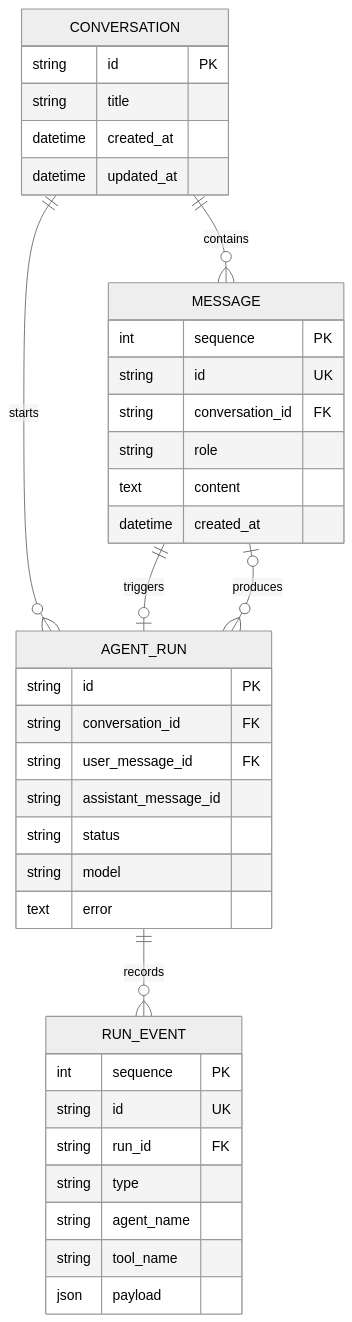
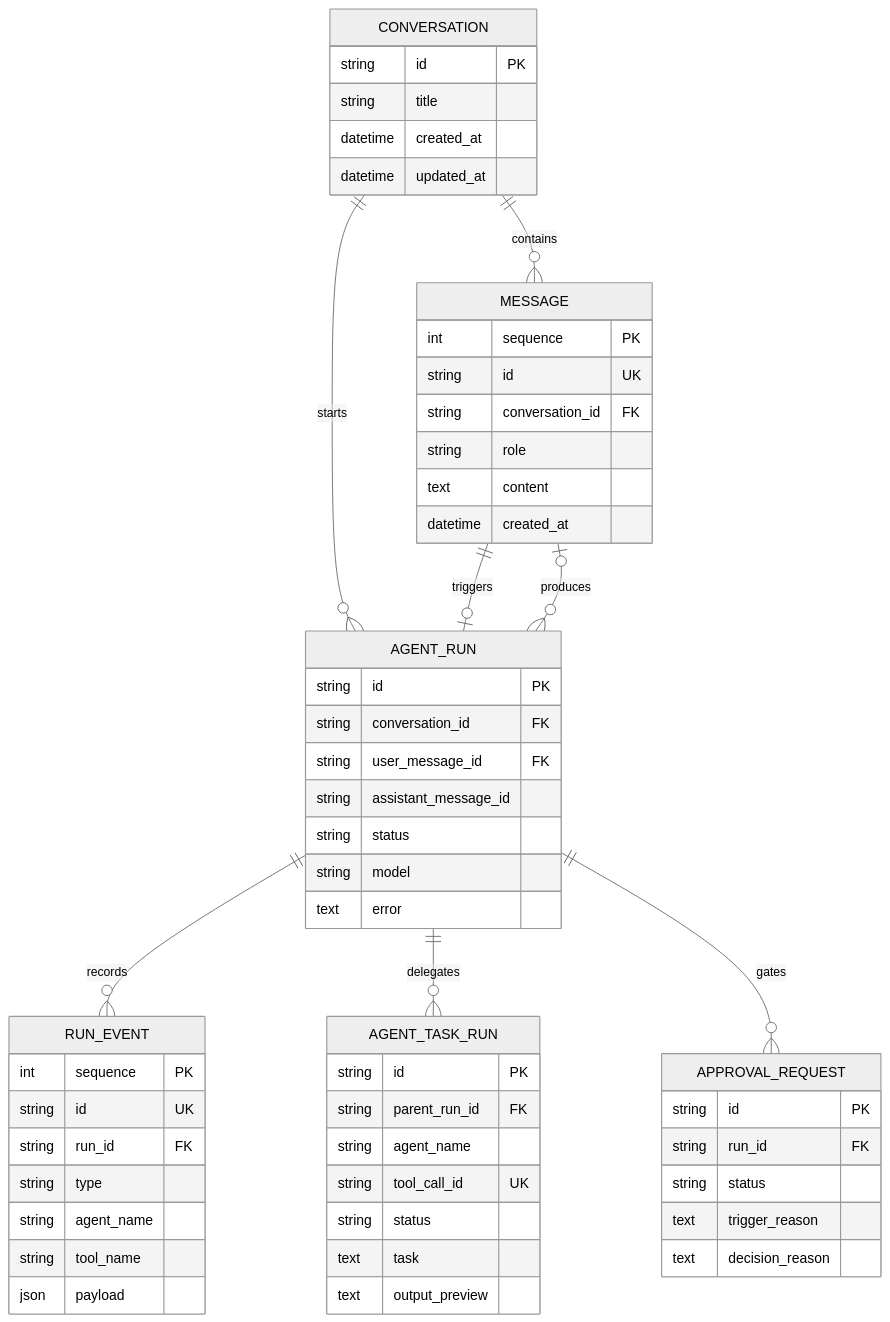
One commit to zora-DD/zora changed the first of 6 diagrams in docs/project-analysis.md. Above: the diagram before and after it, drawn with Mermaid (neutral theme). The commit also changed other lines of this file and 36 other files, not shown here.

````diff
--- a/docs/project-analysis.md
+++ b/docs/project-analysis.md
@@ -151,41 +156,59 @@
 ```mermaid
 erDiagram
     CONVERSATION ||--o{ MESSAGE : contains
     CONVERSATION ||--o{ AGENT_RUN : starts
     MESSAGE ||--o| AGENT_RUN : triggers
     AGENT_RUN ||--o{ RUN_EVENT : records
+    AGENT_RUN ||--o{ AGENT_TASK_RUN : delegates
+    AGENT_RUN ||--o{ APPROVAL_REQUEST : gates
     AGENT_RUN }o--o| MESSAGE : produces
 
     CONVERSATION {
         string id PK
         string title
         datetime created_at
         datetime updated_at
     }
     MESSAGE {
         int sequence PK
         string id UK
         string conversation_id FK
         string role
         text content
         datetime created_at
     }
     AGENT_RUN {
         string id PK
         string conversation_id FK
         string user_message_id FK
         string assistant_message_id
         string status
         string model
         text error
     }
     RUN_EVENT {
         int sequence PK
         string id UK
         string run_id FK
         string type
         string agent_name
         string tool_name
         json payload
     }
+    AGENT_TASK_RUN {
+        string id PK
+        string parent_run_id FK
+        string agent_name
+        string tool_call_id UK
+        string status
+        text task
+        text output_preview
+    }
+    APPROVAL_REQUEST {
+        string id PK
+        string run_id FK
+        string status
+        text trigger_reason
+        text decision_reason
+    }
 ```
````
